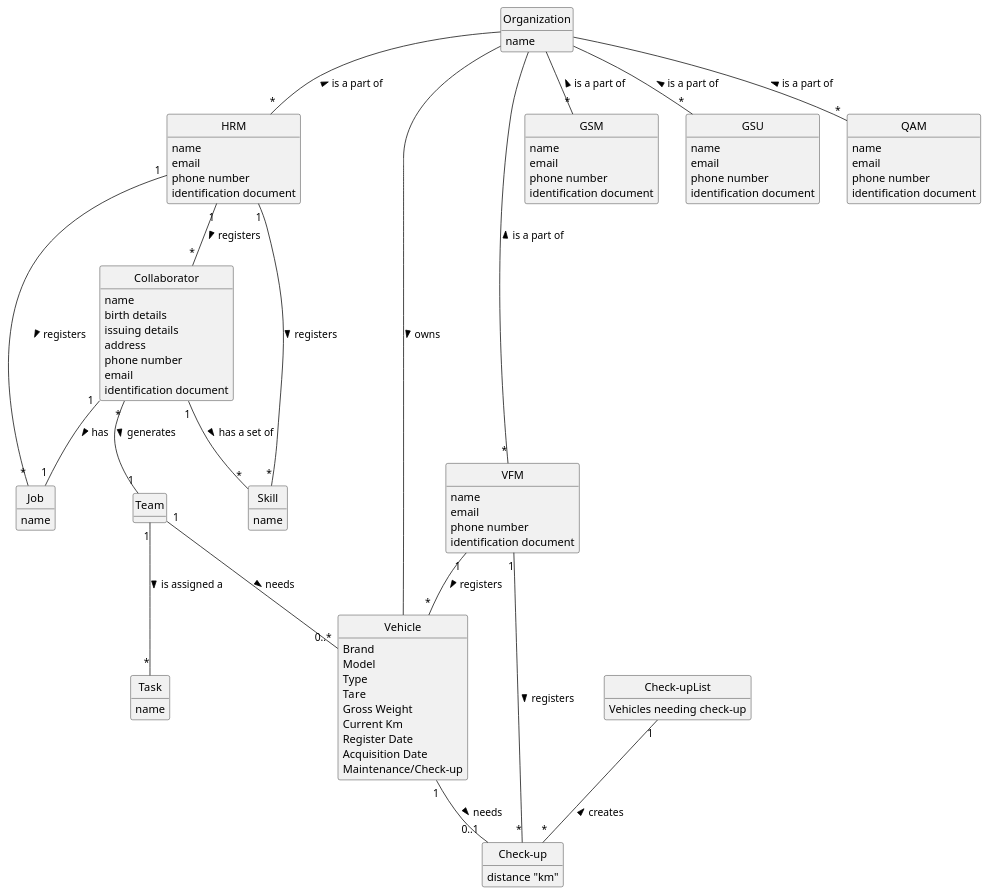
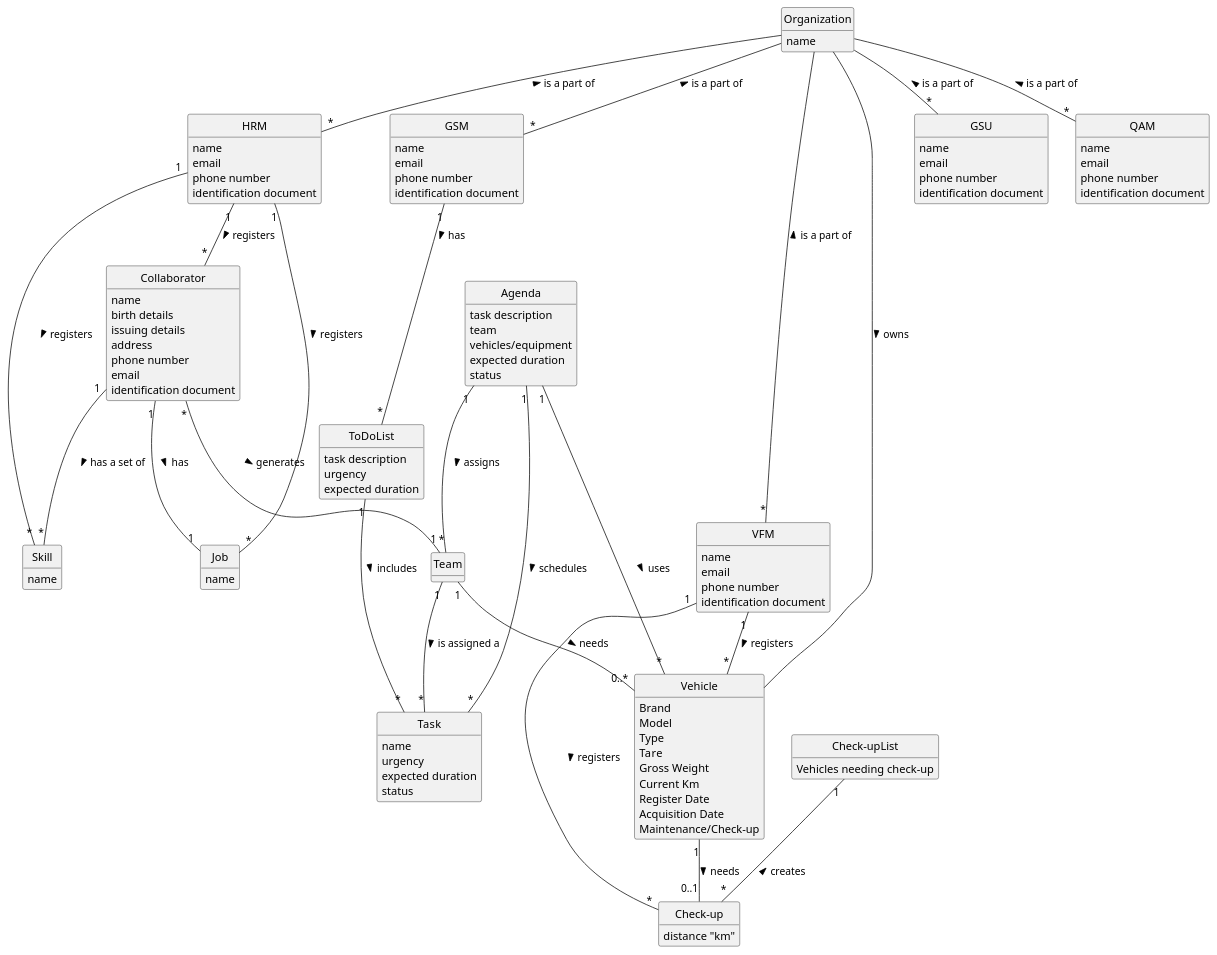
The diagram in docs/sprintC/global-artifacts/02.analysis/puml/project-domain-model.puml (Departamento-de-Engenharia-Informatica/lei-24-s2-1dl-g121), drawn with PlantUML before and after one commit. The commit also changed 1 other file, not shown here.

```diff
--- a/docs/sprintC/global-artifacts/02.analysis/puml/project-domain-model.puml
+++ b/docs/sprintC/global-artifacts/02.analysis/puml/project-domain-model.puml
@@ -1,133 +1,140 @@
 @startuml
 skinparam monochrome true
 skinparam packageStyle rectangle
 skinparam shadowing false
 'skinparam linetype ortho
 'left to right direction
 skinparam classAttributeIconSize 0
 hide circle
 hide methods
 
 'title Domain Model
 
 'class Platform {
 '  -description
 '}
 class Organization{
     name
 }
 
 class HRM{
     name
     email
     phone number
     identification document
 }
 
 class VFM{
     name
     email
     phone number
     identification document
 }
 
 class GSM{
     name
     email
     phone number
     identification document
 }
 
 class GSU{
     name
     email
     phone number
     identification document
 }
 
 class QAM{
     name
     email
     phone number
     identification document
 }
 
 class Skill{
     name
 }
 
 class Job{
     name
 }
 
 class Collaborator{
     name
     birth details
     issuing details
     address
     phone number
     email
     identification document
 }
 
 class Team
 
 class Task{
     name
+    urgency
+    expected duration
+    status
 }
 
 class Vehicle{
     Brand
     Model
     Type
     Tare
     Gross Weight
     Current Km
     Register Date
     Acquisition Date
     Maintenance/Check-up
 }
 
 class Check-up{
     distance "km"
 }
 
 class Check-upList{
     Vehicles needing check-up
 }
 
+class ToDoList{
+    task description
+    urgency
+    expected duration
+}
+
+class Agenda{
+    task description
+    team
+    vehicles/equipment
+    expected duration
+    status
+}
 
 Organization -- "*" HRM : is a part of <
 Organization -- "*" VFM : is a part of <
 Organization -- "*" GSM : is a part of <
 Organization -- "*" GSU : is a part of <
 Organization -- "*" QAM : is a part of <
 Organization -- Vehicle : owns >
 HRM "1" -- "*" Skill : registers >
 HRM "1" -- "*" Job : registers >
 HRM "1" -- "*" Collaborator : registers >
 Collaborator "1" -- "*" Skill : has a set of >
 Collaborator "1" -- "1" Job : has >
 Collaborator "*" -- "1" Team : generates >
 Team "1" -- "*" Task : is assigned a >
 VFM "1" -- "*" Vehicle : registers >
 VFM "1" -- "*" "Check-up" : registers >
 Vehicle "1" -- "0..1" "Check-up" : needs >
 Team "1" -- "0..*" Vehicle : needs >
 "Check-upList" "1" -- "*" "Check-up" :  creates <
-
-
-'Organization "1" - "0..*" Employee : has >
-'Organization "1" - "0..*" Task: owns >
-''Task "*" -- "1" Employee: created by >
-'Employee "1" -- "*" Task : creates >
-''Employee "0..1" -- "1" User: acts as >
-'Task "*" - "1" Category: cataloged as >
-'TechnicalSkill "*" - "1" ActivityArea: regarding an >
-
-'Category "*" - "*" TechnicalSkill :  : requires >
-'(Category, TechnicalSkill) . FeatureTS
-
-'Organization "1" -left "1" PostalAddress : located At >
+GSM "1" -- "*" ToDoList : has >
+ToDoList "1" -- "*" Task : includes >
+Agenda "1" -- "*" Task : schedules >
+Agenda "1" -- "*" Team : assigns >
+Agenda "1" -- "*" Vehicle : uses >
 
 @enduml
```
